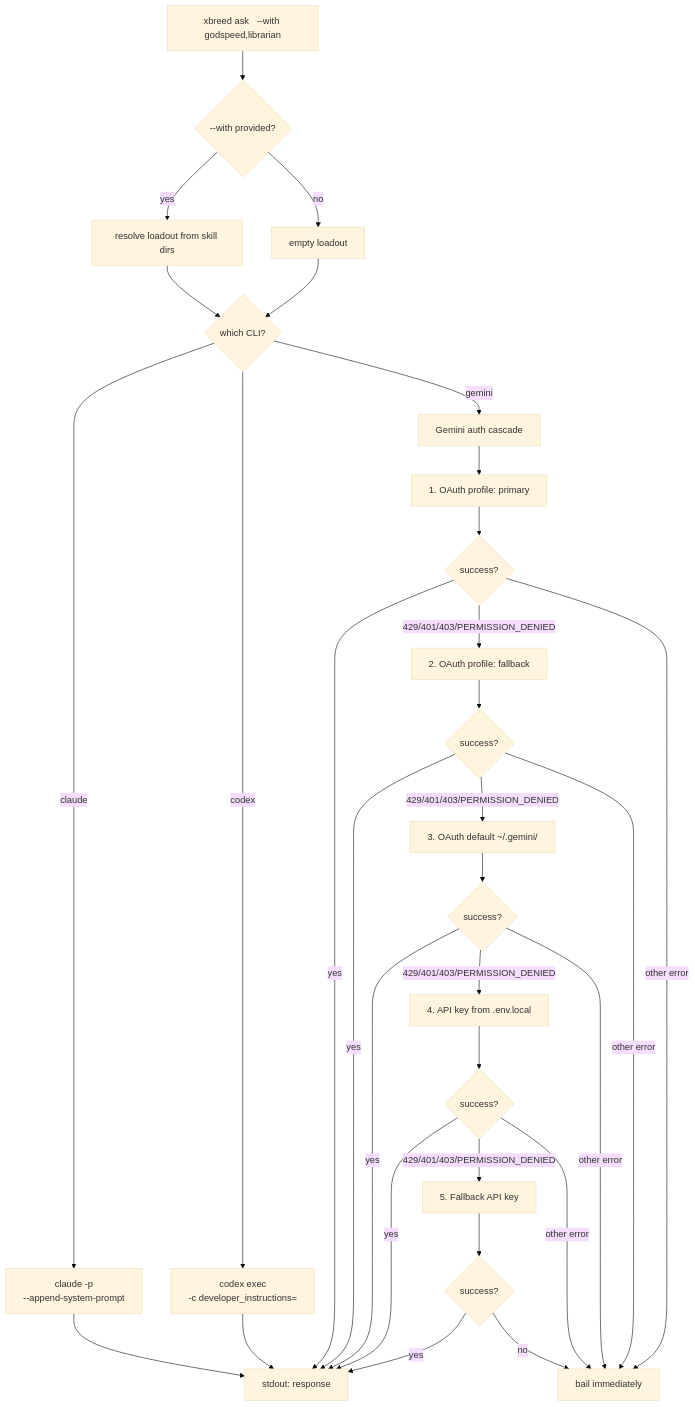
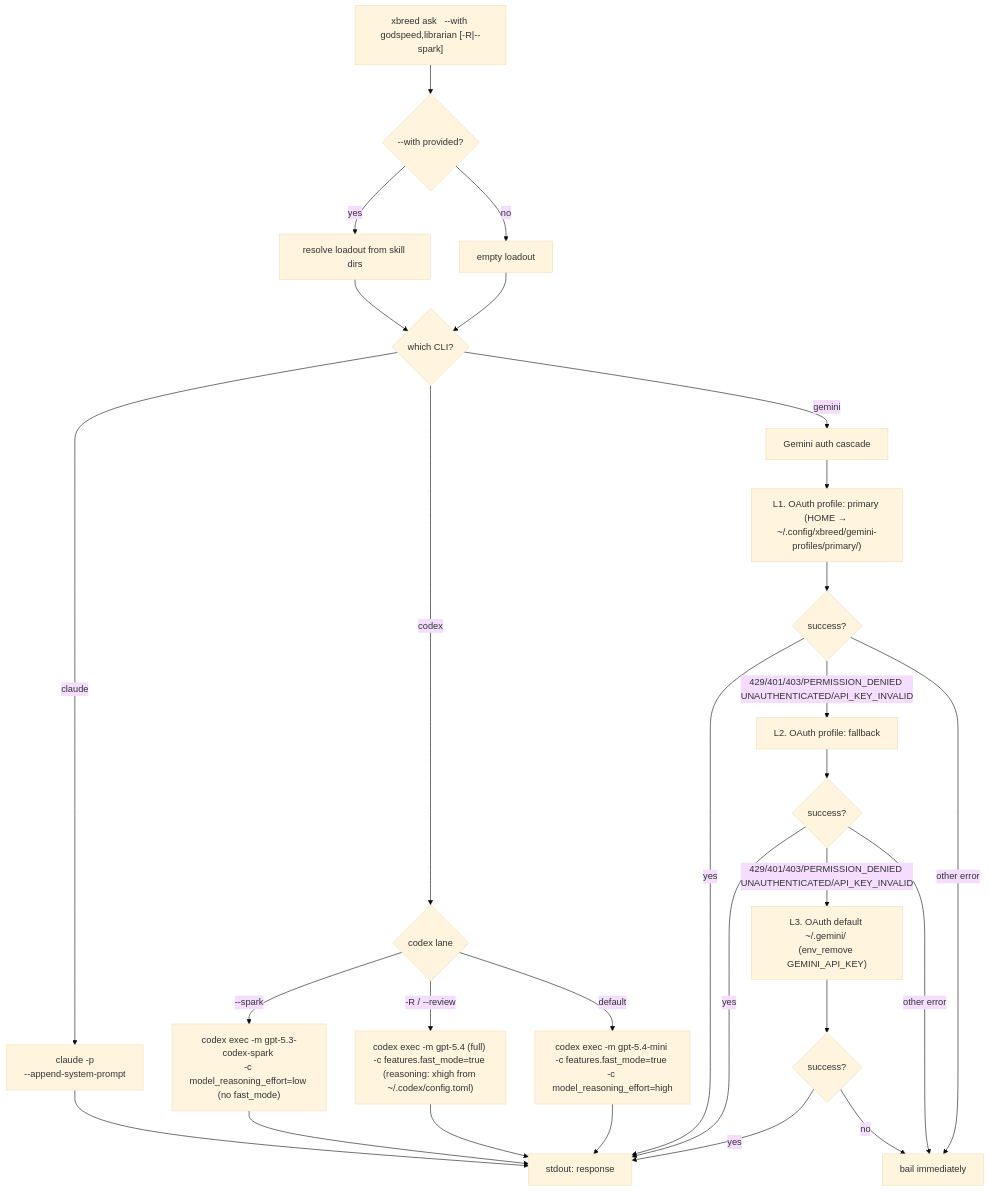
One commit to VeigaPunk/xbrd-gdsp-fknpft changed the fourth of 11 diagrams in docs/command-flows.md. Above: the diagram before and after it, drawn with Mermaid (base theme). The commit also changed other lines of this file and 6 other files, not shown here.

First line of the commit message:
feat(routing+docs): sonnet-medium pivot + godspeed purity + command-flows sync

````diff
--- a/docs/command-flows.md
+++ b/docs/command-flows.md
@@ -75,37 +84,35 @@
 ```mermaid
 flowchart TD
-    A["xbreed ask <cli> <prompt> --with godspeed,librarian"]
+    A["xbreed ask <cli> <prompt> --with godspeed,librarian [-R|--spark]"]
     A --> B{--with provided?}
     B -->|yes| C[resolve loadout from skill dirs]
     B -->|no| D[empty loadout]
     C --> E{which CLI?}
     D --> E
 
     E -->|claude| F["claude -p <prompt> \n--append-system-prompt <loadout>"]
-    E -->|codex| G["codex exec \n-c developer_instructions=<loadout> \n<prompt>"]
+    E -->|codex| Cdx{codex lane}
     E -->|gemini| H[Gemini auth cascade]
 
-    H --> I["1. OAuth profile: primary"]
+    Cdx -->|--spark| Csp["codex exec -m gpt-5.3-codex-spark \n-c model_reasoning_effort=low \n(no fast_mode)"]
+    Cdx -->|"-R / --review"| Crv["codex exec -m gpt-5.4 (full) \n-c features.fast_mode=true \n(reasoning: xhigh from ~/.codex/config.toml)"]
+    Cdx -->|default| Cdf["codex exec -m gpt-5.4-mini \n-c features.fast_mode=true \n-c model_reasoning_effort=high"]
+
+    H --> I["L1. OAuth profile: primary \n(HOME → ~/.config/xbreed/gemini-profiles/primary/)"]
     I --> Ia{success?}
     Ia -->|yes| P[stdout: response]
-    Ia -->|"429/401/403/PERMISSION_DENIED"| J["2. OAuth profile: fallback"]
+    Ia -->|"429/401/403/PERMISSION_DENIED \nUNAUTHENTICATED/API_KEY_INVALID"| J["L2. OAuth profile: fallback"]
     Ia -->|other error| R[bail immediately]
     J --> Ja{success?}
     Ja -->|yes| P
-    Ja -->|"429/401/403/PERMISSION_DENIED"| K["3. OAuth default ~/.gemini/"]
+    Ja -->|"429/401/403/PERMISSION_DENIED \nUNAUTHENTICATED/API_KEY_INVALID"| K["L3. OAuth default ~/.gemini/ \n(env_remove GEMINI_API_KEY)"]
     Ja -->|other error| R
     K --> Ka{success?}
     Ka -->|yes| P
-    Ka -->|"429/401/403/PERMISSION_DENIED"| L["4. API key from .env.local"]
-    Ka -->|other error| R
-    L --> La{success?}
-    La -->|yes| P
-    La -->|"429/401/403/PERMISSION_DENIED"| M["5. Fallback API key"]
-    La -->|other error| R
-    M --> Ma{success?}
-    Ma -->|yes| P
-    Ma -->|no| R
+    Ka -->|no| R
 
     F --> P
-    G --> P
+    Csp --> P
+    Crv --> P
+    Cdf --> P
 ```
````
